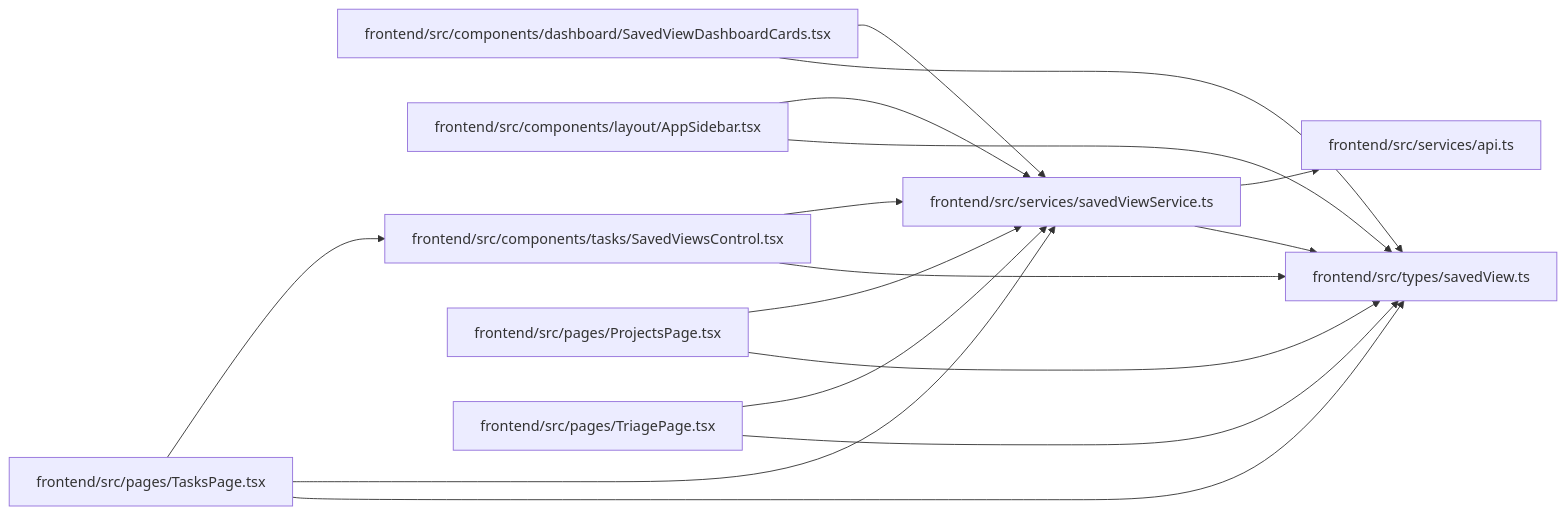
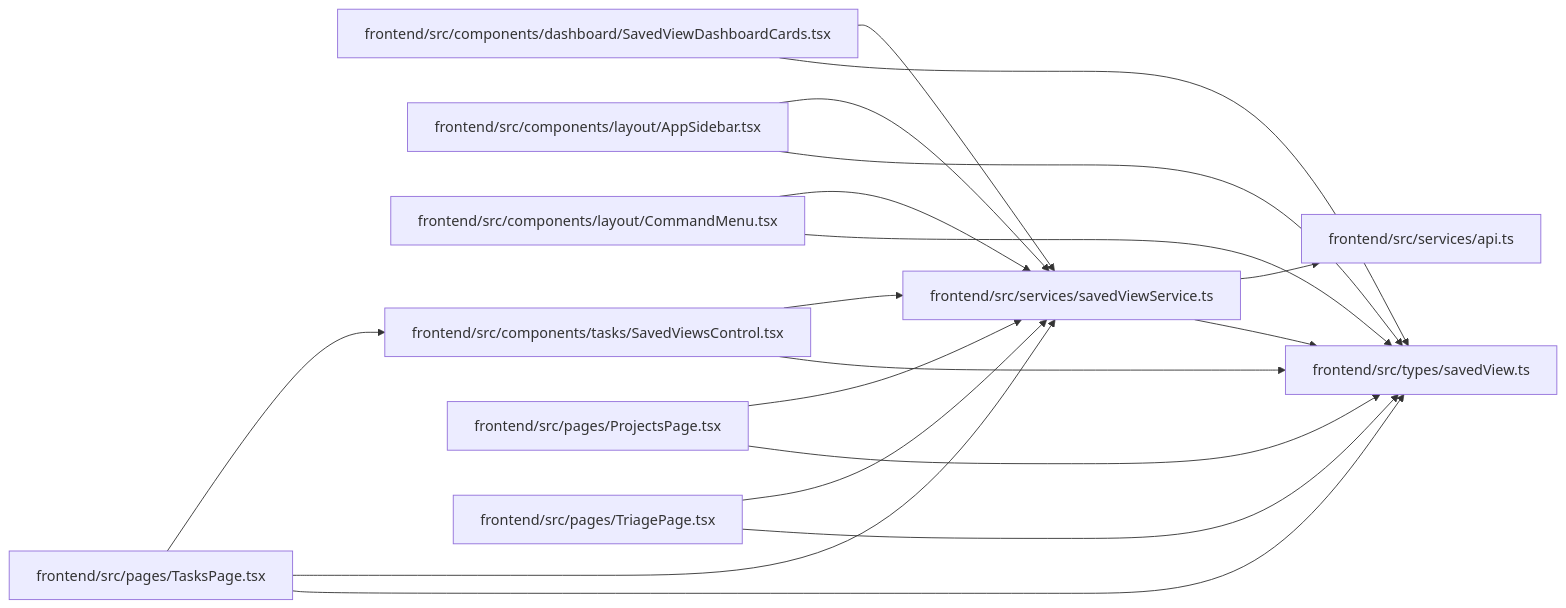
Before and after one commit to Denissvgn/WorkChord: the diagram in docs/llm_wiki/modules/savedViewService.md, drawn with Mermaid. The commit also changed other lines of this file and 331 other files, not shown here.

````diff
--- a/docs/llm_wiki/modules/savedViewService.md
+++ b/docs/llm_wiki/modules/savedViewService.md
@@ -28,36 +28,40 @@
 ```mermaid
 flowchart LR
     n0["frontend/src/components/dashboard/SavedViewDashboardCards.tsx"]
     n1["frontend/src/components/layout/AppSidebar.tsx"]
-    n2["frontend/src/components/tasks/SavedViewsControl.tsx"]
-    n3["frontend/src/pages/ProjectsPage.tsx"]
-    n4["frontend/src/pages/TasksPage.tsx"]
-    n5["frontend/src/pages/TriagePage.tsx"]
-    n6["frontend/src/services/api.ts"]
-    n7["frontend/src/services/savedViewService.ts"]
-    n8["frontend/src/types/savedView.ts"]
-    n0 --> n7
+    n2["frontend/src/components/layout/CommandMenu.tsx"]
+    n3["frontend/src/components/tasks/SavedViewsControl.tsx"]
+    n4["frontend/src/pages/ProjectsPage.tsx"]
+    n5["frontend/src/pages/TasksPage.tsx"]
+    n6["frontend/src/pages/TriagePage.tsx"]
+    n7["frontend/src/services/api.ts"]
+    n8["frontend/src/services/savedViewService.ts"]
+    n9["frontend/src/types/savedView.ts"]
     n0 --> n8
-    n1 --> n7
+    n0 --> n9
     n1 --> n8
-    n2 --> n7
+    n1 --> n9
     n2 --> n8
-    n3 --> n7
+    n2 --> n9
     n3 --> n8
-    n4 --> n2
-    n4 --> n7
+    n3 --> n9
     n4 --> n8
-    n5 --> n7
+    n4 --> n9
+    n5 --> n3
     n5 --> n8
-    n7 --> n6
-    n7 --> n8
+    n5 --> n9
+    n6 --> n8
+    n6 --> n9
+    n8 --> n7
+    n8 --> n9
     click n0 "../modules/SavedViewDashboardCards.md"
     click n1 "../modules/AppSidebar.md"
-    click n2 "../modules/SavedViewsControl.md"
-    click n3 "../modules/ProjectsPage.md"
-    click n4 "../modules/TasksPage.md"
-    click n5 "../modules/TriagePage.md"
-    click n6 "../modules/api.md"
-    click n7 "../modules/savedViewService.md"
-    click n8 "../modules/savedView.md"
+    click n2 "../modules/CommandMenu.md"
+    click n3 "../modules/SavedViewsControl.md"
+    click n4 "../modules/ProjectsPage.md"
+    click n5 "../modules/TasksPage.md"
+    click n6 "../modules/TriagePage.md"
+    click n7 "../modules/api.md"
+    click n8 "../modules/savedViewService.md"
+    click n9 "../modules/savedView.md"
 ```
````
